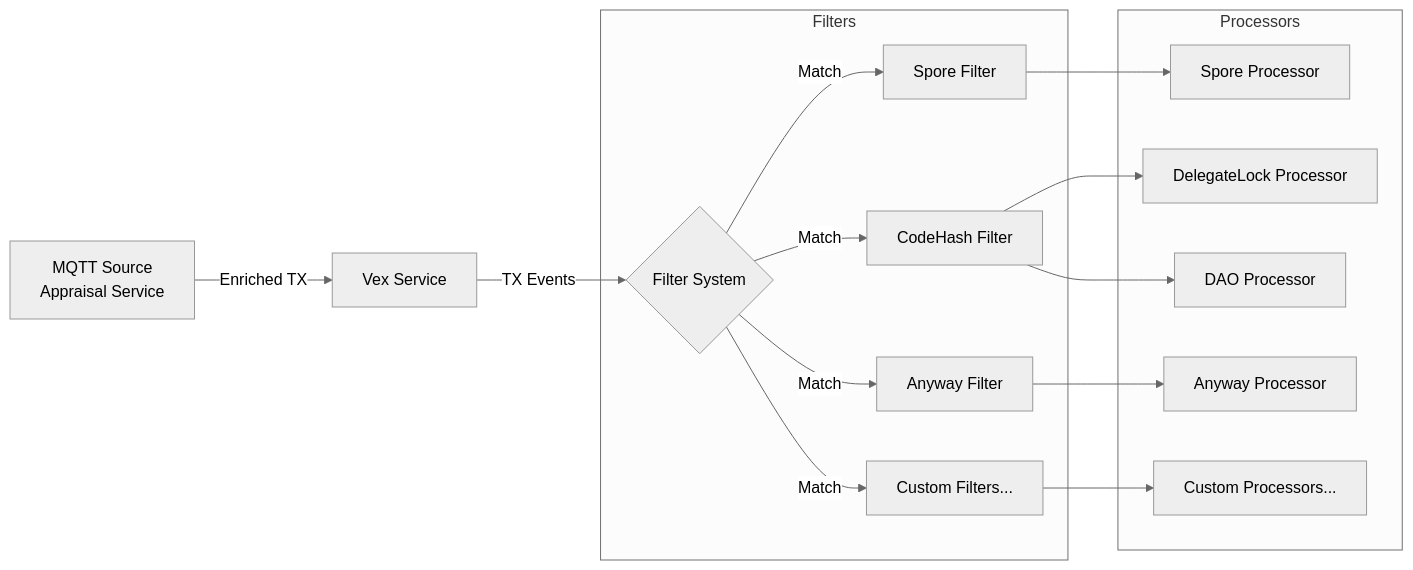
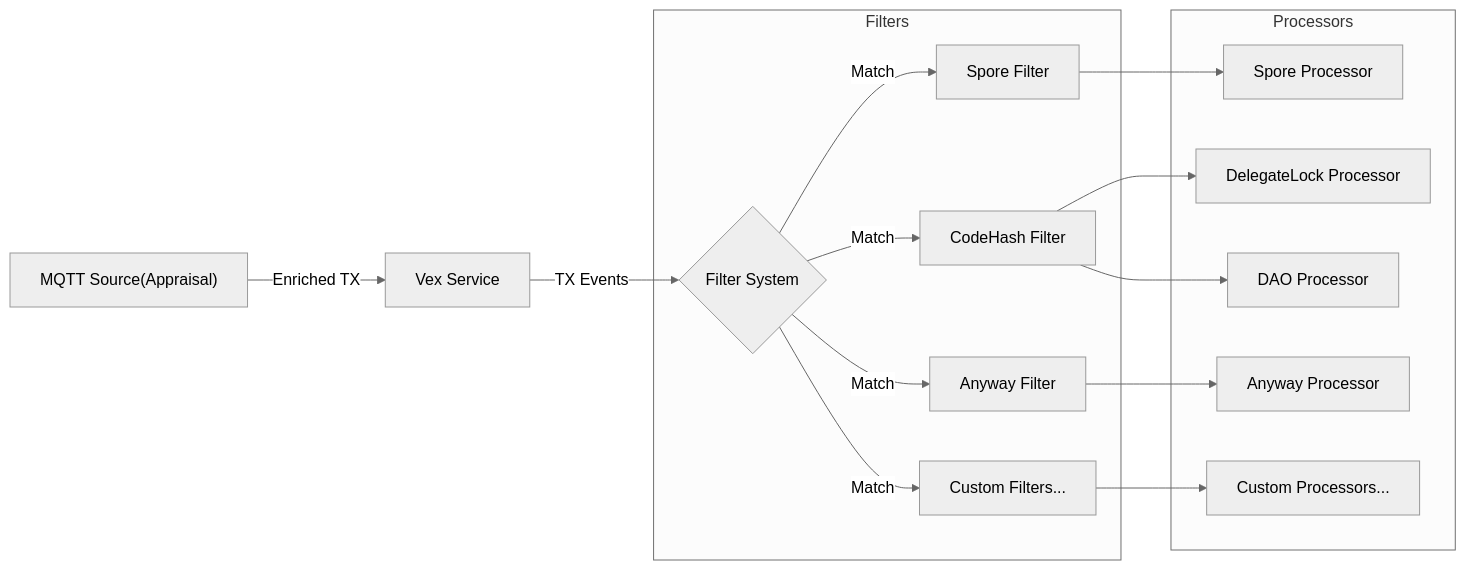
One commit to code-monad/vex changed the diagram in README.md. Above: the diagram before and after it, drawn with Mermaid (neutral theme).

Commit message:
Update graph

````diff
--- a/README.md
+++ b/README.md
@@ -20,18 +20,18 @@
 ```mermaid
 graph LR
-    A[MQTT Source\nAppraisal Service] -->|Enriched TX| B[Vex Service]
+    A["MQTT Source(Appraisal)"] -->|Enriched TX| B[Vex Service]
     B -->|TX Events| C{Filter System}
     subgraph Filters
         C -->|Match| D[CodeHash Filter]
         C -->|Match| E[Spore Filter]
         C -->|Match| F[Anyway Filter]
         C -->|Match| G[Custom Filters...]
     end
     subgraph Processors
         E --> M[Spore Processor]
         D --> N[DelegateLock Processor]
         D --> O[DAO Processor]
         F --> P[Anyway Processor]
         G --> Q[Custom Processors...]
     end
 ```
````
